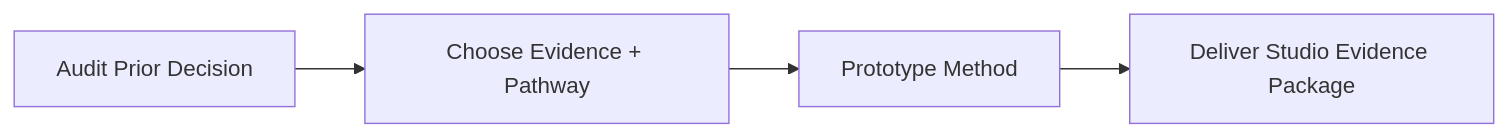
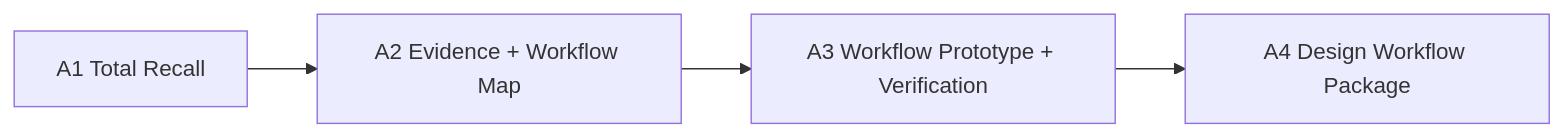
The diagram in assignments.qmd (clementinec/ARCH7476), drawn with Mermaid before and after one commit. The commit also changed other lines of this file and 331 other files, not shown here.

````diff
--- a/assignments.qmd
+++ b/assignments.qmd
@@ -102,6 +13,6 @@
 ```mermaid
-graph LR
-    A1[Audit Prior Decision] --> A2[Choose Evidence + Pathway]
-    A2 --> A3[Prototype Method]
-    A3 --> A4[Deliver Studio Evidence Package]
+flowchart LR
+    A1[A1 Total Recall] --> A2[A2 Evidence + Workflow Map]
+    A2 --> A3[A3 Workflow Prototype + Verification]
+    A3 --> A4[A4 Design Workflow Package]
 ```
````
